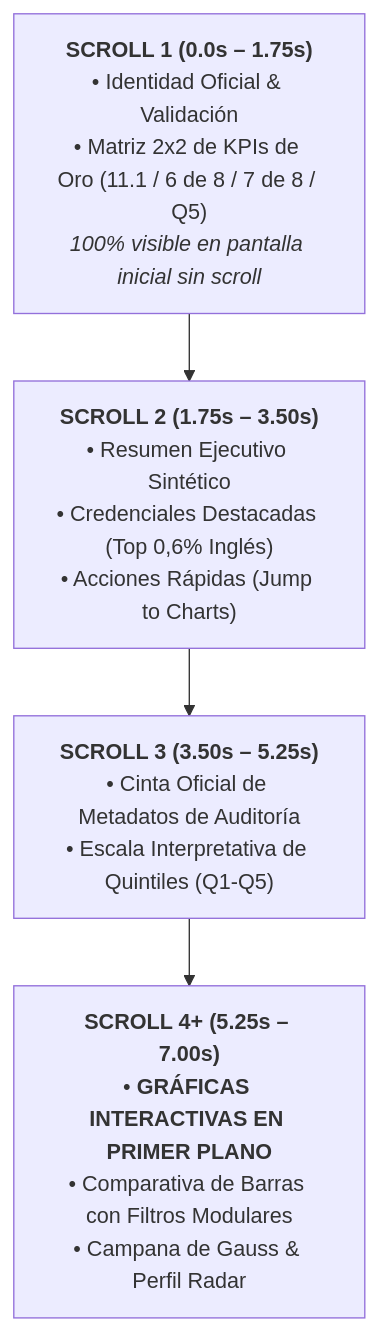
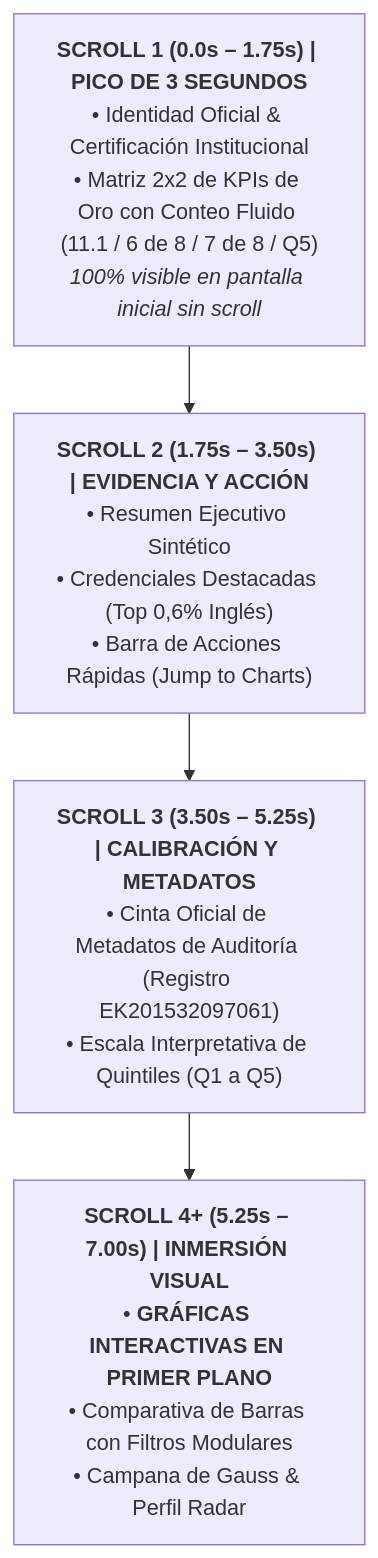
Before and after one commit to willkwolf/ICFES-saberPro2015: the diagram in docs/HEURISTICA_7_SEGUNDOS.md, drawn with Mermaid. The commit also changed other lines of this file and 9 other files, not shown here.

````diff
--- a/docs/HEURISTICA_7_SEGUNDOS.md
+++ b/docs/HEURISTICA_7_SEGUNDOS.md
@@ -13,6 +15,6 @@
 ```mermaid
 flowchart TD
-    S1["<b>SCROLL 1 (0.0s – 1.75s)</b><br/>• Identidad Oficial & Validación<br/>• Matriz 2x2 de KPIs de Oro (11.1 / 6 de 8 / 7 de 8 / Q5)<br/><i>100% visible en pantalla inicial sin scroll</i>"] --> S2["<b>SCROLL 2 (1.75s – 3.50s)</b><br/>• Resumen Ejecutivo Sintético<br/>• Credenciales Destacadas (Top 0,6% Inglés)<br/>• Acciones Rápidas (Jump to Charts)"]
-    S2 --> S3["<b>SCROLL 3 (3.50s – 5.25s)</b><br/>• Cinta Oficial de Metadatos de Auditoría<br/>• Escala Interpretativa de Quintiles (Q1-Q5)"]
-    S3 --> S4["<b>SCROLL 4+ (5.25s – 7.00s)</b><br/>• <b>GRÁFICAS INTERACTIVAS EN PRIMER PLANO</b><br/>• Comparativa de Barras con Filtros Modulares<br/>• Campana de Gauss & Perfil Radar"]
+    S1["<b>SCROLL 1 (0.0s – 1.75s) | PICO DE 3 SEGUNDOS</b><br/>• Identidad Oficial & Certificación Institucional<br/>• Matriz 2x2 de KPIs de Oro con Conteo Fluido (11.1 / 6 de 8 / 7 de 8 / Q5)<br/><i>100% visible en pantalla inicial sin scroll</i>"] --> S2["<b>SCROLL 2 (1.75s – 3.50s) | EVIDENCIA Y ACCIÓN</b><br/>• Resumen Ejecutivo Sintético<br/>• Credenciales Destacadas (Top 0,6% Inglés)<br/>• Barra de Acciones Rápidas (Jump to Charts)"]
+    S2 --> S3["<b>SCROLL 3 (3.50s – 5.25s) | CALIBRACIÓN Y METADATOS</b><br/>• Cinta Oficial de Metadatos de Auditoría (Registro EK201532097061)<br/>• Escala Interpretativa de Quintiles (Q1 a Q5)"]
+    S3 --> S4["<b>SCROLL 4+ (5.25s – 7.00s) | INMERSIÓN VISUAL</b><br/>• <b>GRÁFICAS INTERACTIVAS EN PRIMER PLANO</b><br/>• Comparativa de Barras con Filtros Modulares<br/>• Campana de Gauss & Perfil Radar"]
 ```
````
